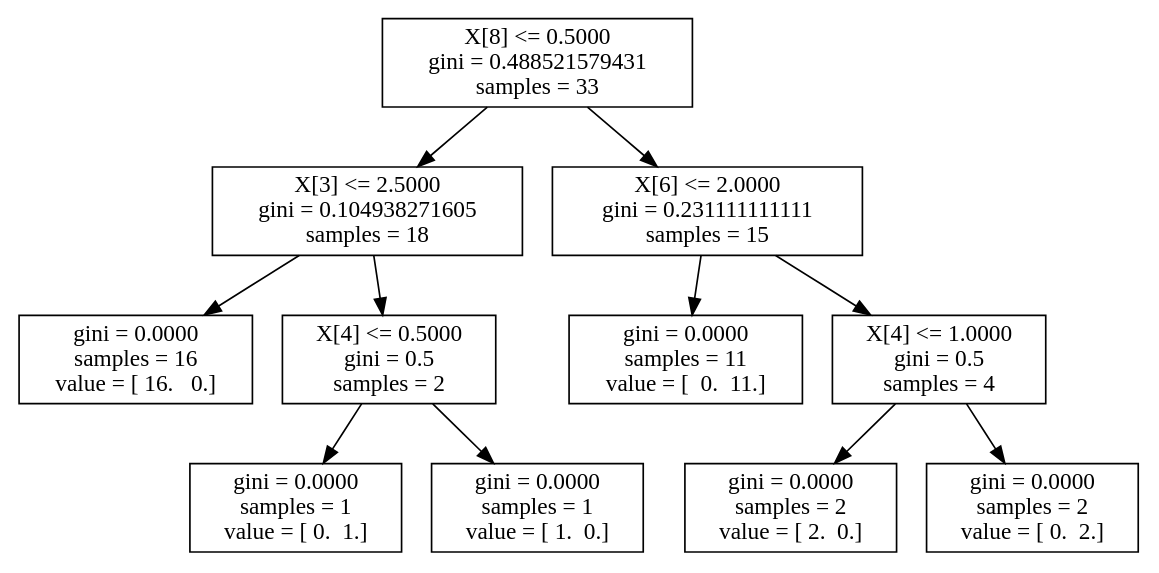
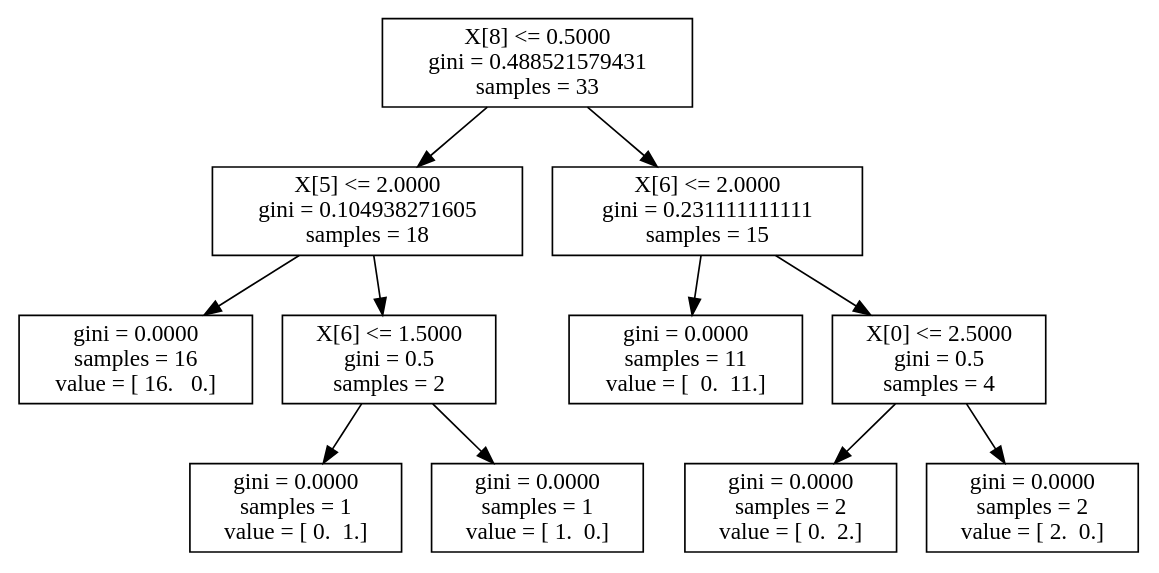
The diagram in neurosurgery_trees/shortMOTOR.dot (akeshavan/myscripts), drawn with Graphviz before and after one commit. The commit also changed 24 other files, not shown here.

```diff
--- a/neurosurgery_trees/shortMOTOR.dot
+++ b/neurosurgery_trees/shortMOTOR.dot
@@ -1,23 +1,23 @@
 digraph Tree {
 0 [label="X[8] <= 0.5000\ngini = 0.488521579431\nsamples = 33", shape="box"] ;
-1 [label="X[3] <= 2.5000\ngini = 0.104938271605\nsamples = 18", shape="box"] ;
+1 [label="X[5] <= 2.0000\ngini = 0.104938271605\nsamples = 18", shape="box"] ;
 0 -> 1 ;
 2 [label="gini = 0.0000\nsamples = 16\nvalue = [ 16.   0.]", shape="box"] ;
 1 -> 2 ;
-3 [label="X[4] <= 0.5000\ngini = 0.5\nsamples = 2", shape="box"] ;
+3 [label="X[6] <= 1.5000\ngini = 0.5\nsamples = 2", shape="box"] ;
 1 -> 3 ;
 4 [label="gini = 0.0000\nsamples = 1\nvalue = [ 0.  1.]", shape="box"] ;
 3 -> 4 ;
 5 [label="gini = 0.0000\nsamples = 1\nvalue = [ 1.  0.]", shape="box"] ;
 3 -> 5 ;
 6 [label="X[6] <= 2.0000\ngini = 0.231111111111\nsamples = 15", shape="box"] ;
 0 -> 6 ;
 7 [label="gini = 0.0000\nsamples = 11\nvalue = [  0.  11.]", shape="box"] ;
 6 -> 7 ;
-8 [label="X[4] <= 1.0000\ngini = 0.5\nsamples = 4", shape="box"] ;
+8 [label="X[0] <= 2.5000\ngini = 0.5\nsamples = 4", shape="box"] ;
 6 -> 8 ;
-9 [label="gini = 0.0000\nsamples = 2\nvalue = [ 2.  0.]", shape="box"] ;
+9 [label="gini = 0.0000\nsamples = 2\nvalue = [ 0.  2.]", shape="box"] ;
 8 -> 9 ;
-10 [label="gini = 0.0000\nsamples = 2\nvalue = [ 0.  2.]", shape="box"] ;
+10 [label="gini = 0.0000\nsamples = 2\nvalue = [ 2.  0.]", shape="box"] ;
 8 -> 10 ;
 }
```
